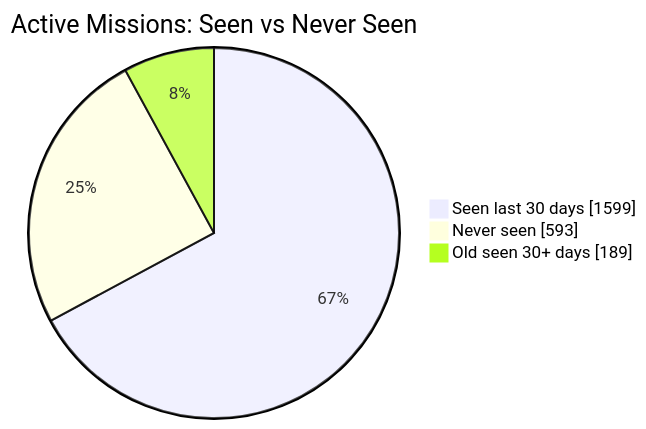
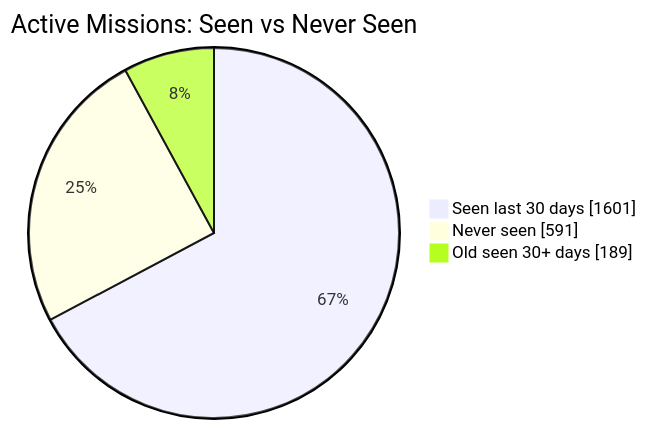
Before and after one commit to MeldkamerspelGameTeam/active-missions: the first of 2 diagrams in README.md, drawn with Mermaid. The commit also changed other lines of this file and 2 other files, not shown here.

````diff
--- a/README.md
+++ b/README.md
@@ -34,7 +34,7 @@
 ```mermaid
 pie showData
     title Active Missions: Seen vs Never Seen
-    "Seen last 30 days" : 1599
-    "Never seen" : 593
+    "Seen last 30 days" : 1601
+    "Never seen" : 591
     "Old seen 30+ days" : 189
 ```
````
